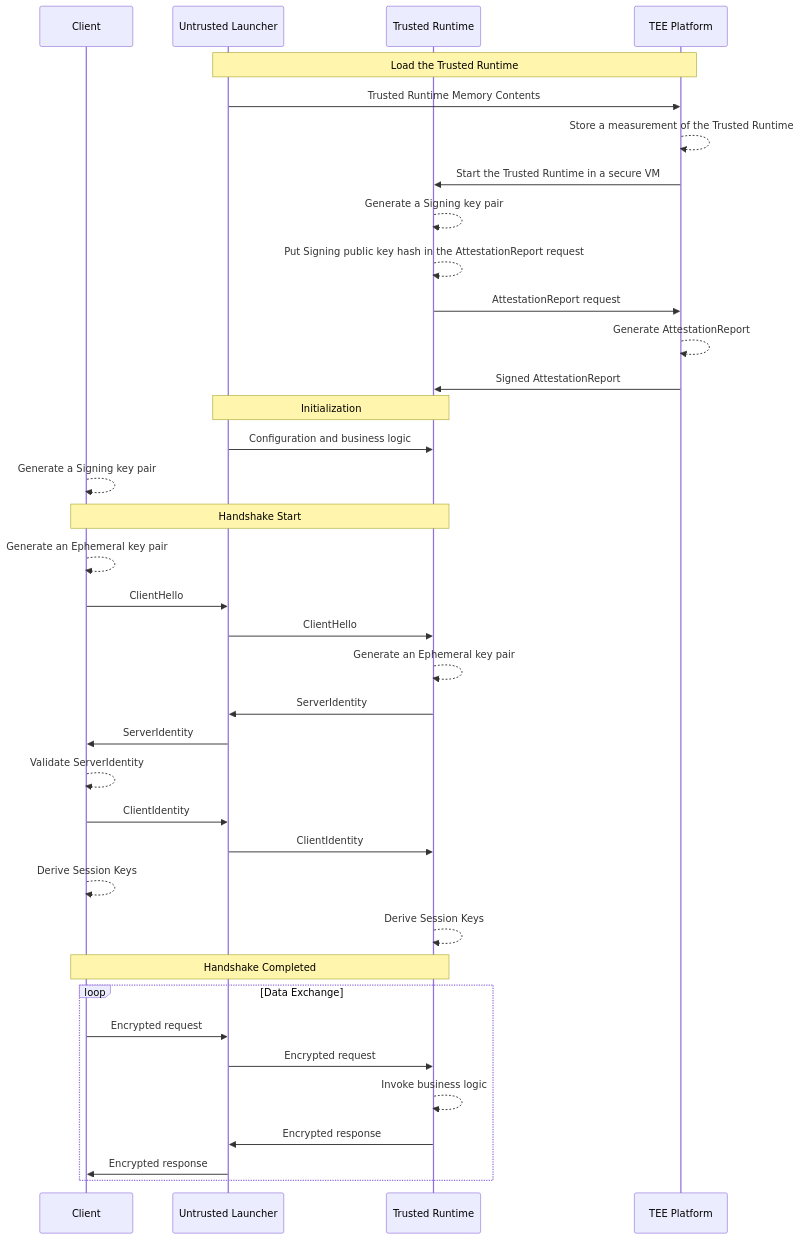
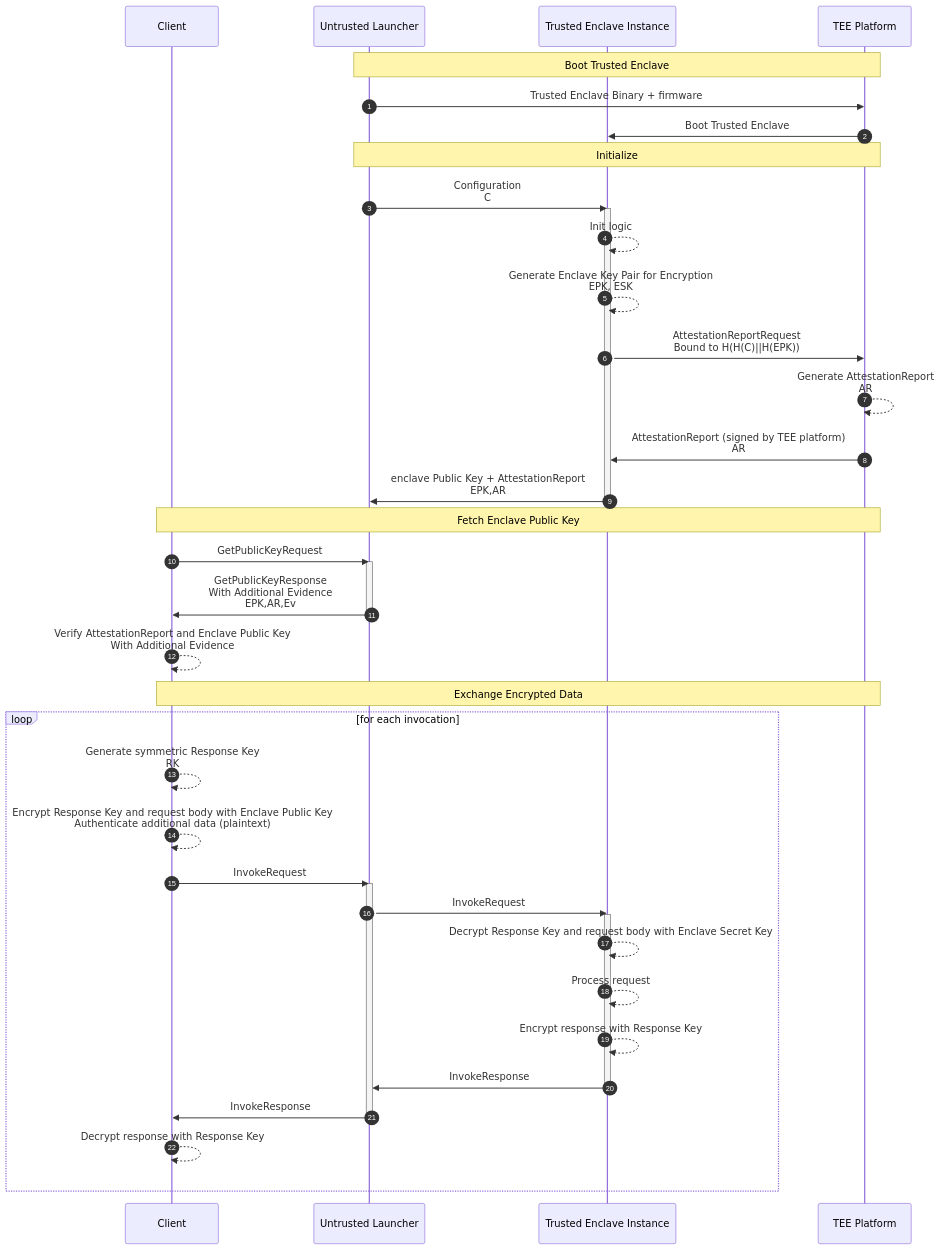
Before and after one commit to project-oak/oak: the diagram in docs/remote-attestation.md, drawn with Mermaid. The commit also changed other lines of this file, not shown here.

Commit message:
Update remote attestation documentation (#3543)

````diff
--- a/docs/remote-attestation.md
+++ b/docs/remote-attestation.md
@@ -161,52 +18,54 @@
 ```mermaid
 sequenceDiagram
-  participant Client
-  participant Untrusted Launcher
-  participant Trusted Runtime
-  participant TEE Platform
 
-  Note over Untrusted Launcher,TEE Platform: Load the Trusted Runtime
+autonumber
 
-  Untrusted Launcher->>TEE Platform: Trusted Runtime Memory Contents
-  TEE Platform -->> TEE Platform: Store a measurement of the Trusted Runtime
-  TEE Platform ->> Trusted Runtime: Start the Trusted Runtime in a secure VM
+participant C as Client
+participant U as Untrusted Launcher
+participant T as Trusted Enclave Instance
+participant P as TEE Platform
 
-  Trusted Runtime-->>Trusted Runtime: Generate a Signing key pair
-  Trusted Runtime-->>Trusted Runtime: Put Signing public key hash in the AttestationReport request
-  Trusted Runtime->>TEE Platform: AttestationReport request
-  TEE Platform-->>TEE Platform: Generate AttestationReport
-  TEE Platform->>Trusted Runtime: Signed AttestationReport
+Note over U,P: Boot Trusted Enclave
 
-  Note over Untrusted Launcher,Trusted Runtime: Initialization
+U->>P: Trusted Enclave Binary + firmware
+P->>T: Boot Trusted Enclave
 
-  Untrusted Launcher->>Trusted Runtime: Configuration and business logic
+Note over U,P: Initialize
 
-  Client-->>Client: Generate a Signing key pair
+U->>T: Configuration<br>C
+activate T
+T-->>T: Init logic
+T-->>T: Generate Enclave Key Pair for Encryption<br>EPK, ESK
+T->>P: AttestationReportRequest<br>Bound to H(H(C)||H(EPK))
+P-->>P: Generate AttestationReport<br>AR
+P->>T: AttestationReport (signed by TEE platform)<br>AR
+T->>U: enclave Public Key + AttestationReport<br>EPK,AR
+deactivate T
 
-  Note over Client,Trusted Runtime: Handshake Start
+Note over C,P: Fetch Enclave Public Key
 
-  Client-->>Client: Generate an Ephemeral key pair
-  Client->>Untrusted Launcher: ClientHello
-  Untrusted Launcher->>Trusted Runtime: ClientHello
-  Trusted Runtime-->>Trusted Runtime: Generate an Ephemeral key pair
+C->>U: GetPublicKeyRequest
+activate U
+U->>C: GetPublicKeyResponse<br>With Additional Evidence<br>EPK,AR,Ev
+deactivate U
+C-->>C: Verify AttestationReport and Enclave Public Key<br>With Additional Evidence
 
-  Trusted Runtime->>Untrusted Launcher: ServerIdentity
-  Untrusted Launcher->>Client: ServerIdentity
-  Client-->>Client: Validate ServerIdentity
+Note over C,P: Exchange Encrypted Data
 
-  Client->>Untrusted Launcher: ClientIdentity
-  Untrusted Launcher->>Trusted Runtime: ClientIdentity
-
-  Client-->>Client: Derive Session Keys
-  Trusted Runtime-->>Trusted Runtime: Derive Session Keys
-  Note over Client,Trusted Runtime: Handshake Completed
-
-
-loop Data Exchange
-  Client->>Untrusted Launcher: Encrypted request
-  Untrusted Launcher->>Trusted Runtime: Encrypted request
-  Trusted Runtime-->>Trusted Runtime: Invoke business logic
-  Trusted Runtime->>Untrusted Launcher: Encrypted response
-  Untrusted Launcher->>Client: Encrypted response
+loop for each invocation
+   C-->>C: Generate symmetric Response Key<br>RK
+   C-->>C: Encrypt Response Key and request body with Enclave Public Key<br>Authenticate additional data (plaintext)
+   C->>U: InvokeRequest
+   activate U
+   U->>T: InvokeRequest
+   activate T
+   T-->>T: Decrypt Response Key and request body with Enclave Secret Key
+   T-->>T: Process request
+   T-->>T: Encrypt response with Response Key
+   T->>U: InvokeResponse
+   deactivate T
+   U->>C: InvokeResponse
+   deactivate U
+   C-->>C: Decrypt response with Response Key
 end
 ```
````
